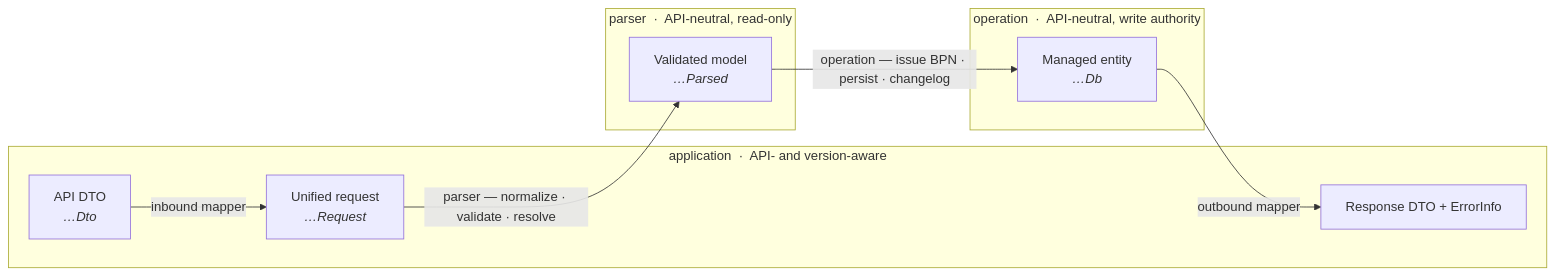
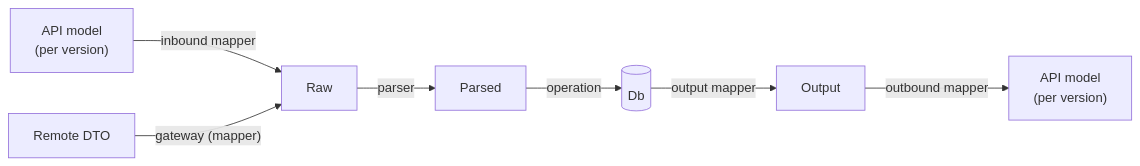
One commit to eclipse-tractusx/bpdm changed the second of 6 diagrams in docs/developer/application-code-guide.md. Above: the diagram before and after it, drawn with Mermaid. The commit also changed other lines of this file and 626 other files, not shown here.

````diff
--- a/docs/developer/application-code-guide.md
+++ b/docs/developer/application-code-guide.md
@@ -49,25 +54,9 @@
 ```mermaid
 flowchart LR
-    DTO["API DTO<br/><i>…Dto</i>"]
-    REQ["Unified request<br/><i>…Request</i>"]
-    PARSED["Validated model<br/><i>…Parsed</i>"]
-    DB["Managed entity<br/><i>…Db</i>"]
-    OUT["Response DTO + ErrorInfo"]
-
-    DTO -->|inbound mapper| REQ
-    REQ -->|"parser — normalize · validate · resolve"| PARSED
-    PARSED -->|"operation — issue BPN · persist · changelog"| DB
-    DB -->|outbound mapper| OUT
-
-    subgraph APP["application &nbsp;·&nbsp; API- and version-aware"]
-        DTO
-        REQ
-        OUT
-    end
-    subgraph PARSE["parser &nbsp;·&nbsp; API-neutral, read-only"]
-        PARSED
-    end
-    subgraph OP["operation &nbsp;·&nbsp; API-neutral, write authority"]
-        DB
-    end
+    API["API model<br/>(per version)"] -->|inbound mapper| RAW[Raw]
+    REM["Remote DTO"] -->|"gateway (mapper)"| RAW
+    RAW -->|parser| PARSED[Parsed]
+    PARSED -->|operation| DB[(Db)]
+    DB -->|output mapper| OUT[Output]
+    OUT -->|outbound mapper| API2["API model<br/>(per version)"]
 ```
````
